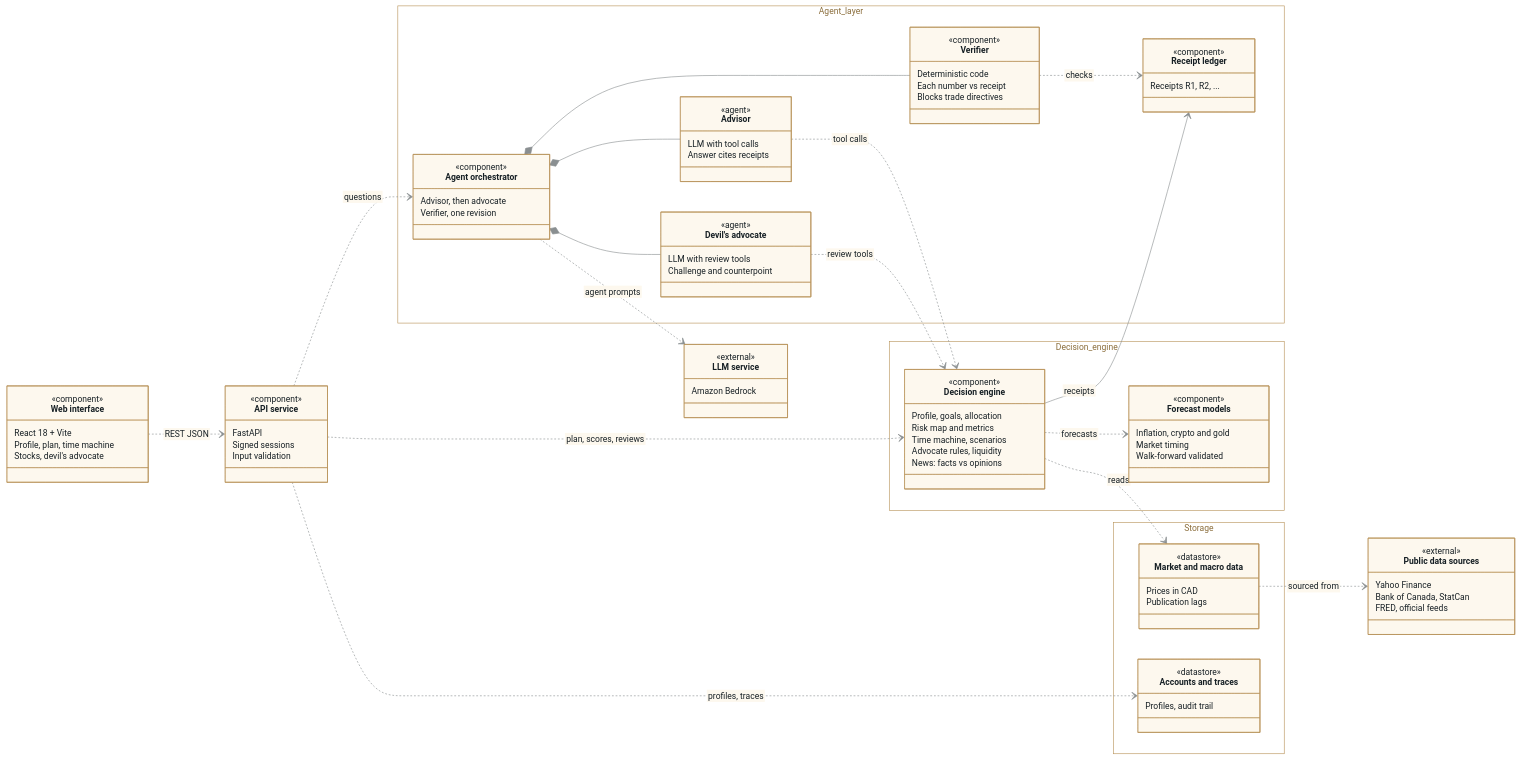
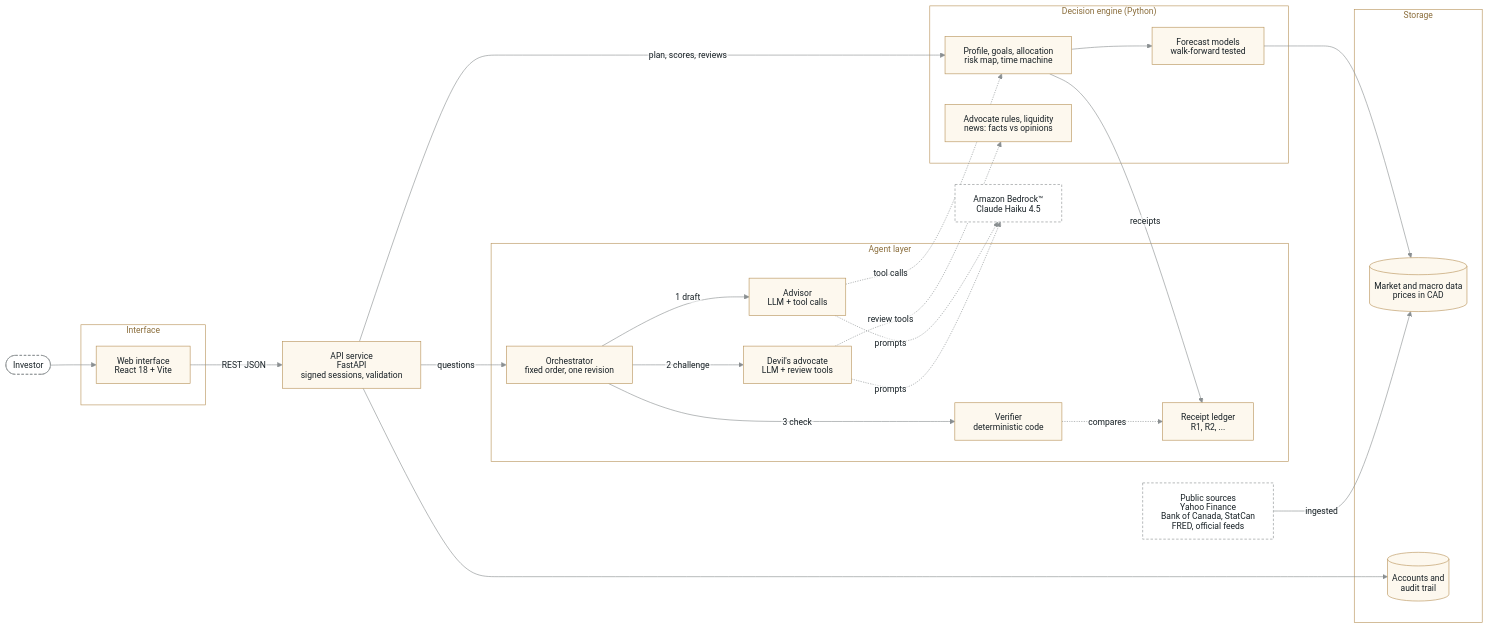
One commit to Juanita-HP/WealthPilot changed the diagram in docs/SOLUTION_ARCHITECTURE.md. Above: the diagram before and after it, drawn with Mermaid. The commit also changed other lines of this file and 11 other files, not shown here.

First line of the commit message:
Architecture diagrams as flowcharts, with ™ after AWS service names

````diff
--- a/docs/SOLUTION_ARCHITECTURE.md
+++ b/docs/SOLUTION_ARCHITECTURE.md
@@ -11,97 +11,48 @@
 ```mermaid
 %%{init: {"theme": "base", "htmlLabels": false, "themeVariables": {"fontFamily": "Inter, Helvetica, Arial, sans-serif", "fontSize": "14px", "primaryColor": "#fdf8ee", "primaryBorderColor": "#b8935a", "primaryTextColor": "#172025", "lineColor": "#8a8f91", "textColor": "#172025", "edgeLabelBackground": "#ffffff", "clusterBkg": "transparent", "clusterBorder": "#b8935a", "titleColor": "#8a6d3b"}}}%%
-classDiagram
-    direction LR
-    class Web["Web interface"] {
-        <<component>>
-        React 18 + Vite
-        Profile, plan, time machine
-        Stocks, devil's advocate
-    }
-    class API["API service"] {
-        <<component>>
-        FastAPI
-        Signed sessions
-        Input validation
-    }
-    namespace Agent_layer {
-        class Orchestrator["Agent orchestrator"] {
-            <<component>>
-            Advisor, then advocate
-            Verifier, one revision
-        }
-        class Advisor["Advisor"] {
-            <<agent>>
-            LLM with tool calls
-            Answer cites receipts
-        }
-        class Critic["Devil's advocate"] {
-            <<agent>>
-            LLM with review tools
-            Challenge and counterpoint
-        }
-        class Verifier["Verifier"] {
-            <<component>>
-            Deterministic code
-            Each number vs receipt
-            Blocks trade directives
-        }
-        class Ledger["Receipt ledger"] {
-            <<component>>
-            Receipts R1, R2, ...
-        }
-    }
-    namespace Decision_engine {
-        class Engine["Decision engine"] {
-            <<component>>
-            Profile, goals, allocation
-            Risk map and metrics
-            Time machine, scenarios
-            Advocate rules, liquidity
-            News: facts vs opinions
-        }
-        class Models["Forecast models"] {
-            <<component>>
-            Inflation, crypto and gold
-            Market timing
-            Walk-forward validated
-        }
-    }
-    namespace Storage {
-        class Data["Market and macro data"] {
-            <<datastore>>
-            Prices in CAD
-            Publication lags
-        }
-        class Stores["Accounts and traces"] {
-            <<datastore>>
-            Profiles, audit trail
-        }
-    }
-    class Providers["Public data sources"] {
-        <<external>>
-        Yahoo Finance
-        Bank of Canada, StatCan
-        FRED, official feeds
-    }
-    class LLM["LLM service"] {
-        <<external>>
-        Amazon Bedrock
-    }
+flowchart LR
+    USER(["Investor"])
+    subgraph UI["Interface"]
+        WEB["Web interface<br/>React 18 + Vite"]
+    end
+    API["API service<br/>FastAPI<br/>signed sessions, validation"]
+    subgraph AG["Agent layer"]
+        ORCH["Orchestrator<br/>fixed order, one revision"]
+        ADV["Advisor<br/>LLM + tool calls"]
+        DEV["Devil's advocate<br/>LLM + review tools"]
+        VER["Verifier<br/>deterministic code"]
+        LED["Receipt ledger<br/>R1, R2, ..."]
+    end
+    subgraph ENG["Decision engine (Python)"]
+        PROF["Profile, goals, allocation<br/>risk map, time machine"]
+        RULES["Advocate rules, liquidity<br/>news: facts vs opinions"]
+        MOD["Forecast models<br/>walk-forward tested"]
+    end
+    subgraph ST["Storage"]
+        DATA[("Market and macro data<br/>prices in CAD")]
+        ACC[("Accounts and<br/>audit trail")]
+    end
+    SRC["Public sources<br/>Yahoo Finance<br/>Bank of Canada, StatCan<br/>FRED, official feeds"]
+    LLM["Amazon Bedrock™<br/>Claude Haiku 4.5"]
 
-    Web ..> API : REST JSON
-    API ..> Engine : plan, scores, reviews
-    API ..> Orchestrator : questions
-    API ..> Stores : profiles, traces
-    Orchestrator *-- Advisor
-    Orchestrator *-- Critic
-    Orchestrator *-- Verifier
-    Advisor ..> Engine : tool calls
-    Critic ..> Engine : review tools
-    Orchestrator ..> LLM : agent prompts
-    Engine --> Ledger : receipts
-    Verifier ..> Ledger : checks
-    Engine ..> Models : forecasts
-    Engine ..> Data : reads
-    Data ..> Providers : sourced from
+    USER --> WEB
+    WEB -->|"REST JSON"| API
+    API -->|"plan, scores, reviews"| PROF
+    API -->|"questions"| ORCH
+    API --> ACC
+    ORCH -->|"1 draft"| ADV
+    ORCH -->|"2 challenge"| DEV
+    ORCH -->|"3 check"| VER
+    ADV -.->|"tool calls"| PROF
+    DEV -.->|"review tools"| RULES
+    ADV -.->|"prompts"| LLM
+    DEV -.->|"prompts"| LLM
+    PROF -->|"receipts"| LED
+    PROF --> MOD
+    VER -.->|"compares"| LED
+    MOD --> DATA
+    SRC -->|"ingested"| DATA
+
+    classDef ext fill:#ffffff,stroke:#8a8f91,stroke-dasharray:4 3,color:#172025
+    class SRC,LLM,USER ext
 ```
````
